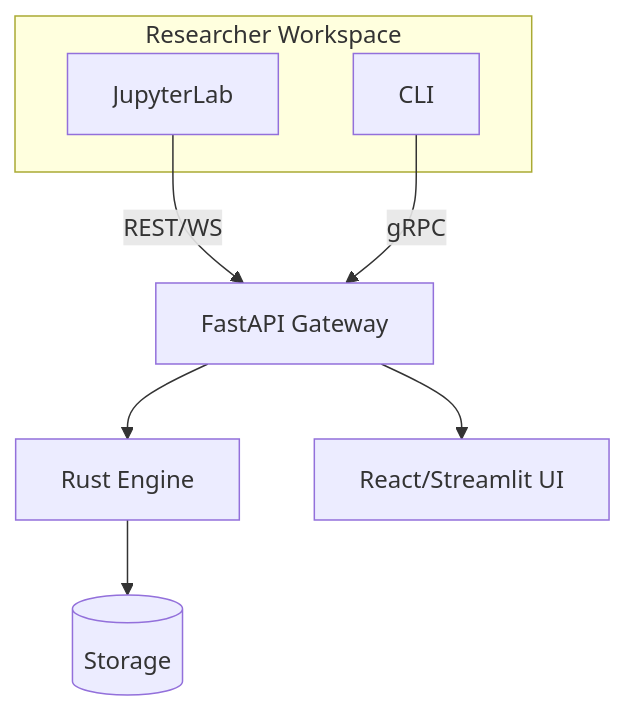
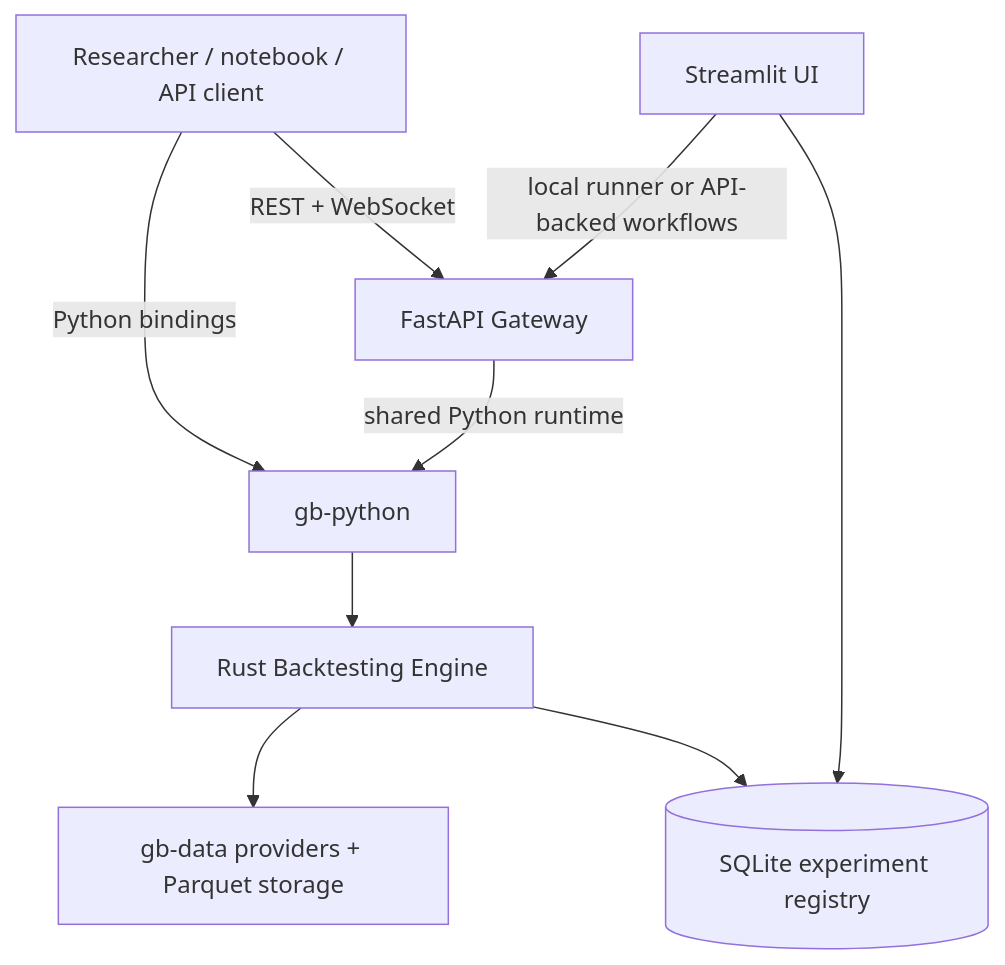
Before and after one commit to LatencyTDH/GlowBack: the diagram in docs/architecture.md, drawn with Mermaid. The commit also changed other lines of this file and 17 other files, not shown here.

````diff
--- a/docs/architecture.md
+++ b/docs/architecture.md
@@ -21,12 +25,11 @@
 ```mermaid
 graph TD
-    subgraph Researcher Workspace
-        Jupyter[JupyterLab]
-        CLI[CLI]
-    end
-    Jupyter -->|REST/WS| API[FastAPI Gateway]
-    CLI -->|gRPC| API
-    API --> Engine[Rust Engine]
-    Engine --> Store[(Storage)]
-    API --> UI[React/Streamlit UI]
+    Researcher[Researcher / notebook / API client] -->|Python bindings| Py[gb-python]
+    Researcher -->|REST + WebSocket| API[FastAPI Gateway]
+    UI[Streamlit UI] -->|local runner or API-backed workflows| API
+    API -->|shared Python runtime| Py
+    Py --> Engine[Rust Backtesting Engine]
+    Engine --> Data[gb-data providers + Parquet storage]
+    Engine --> Registry[(SQLite experiment registry)]
+    UI --> Registry
 ```
````
